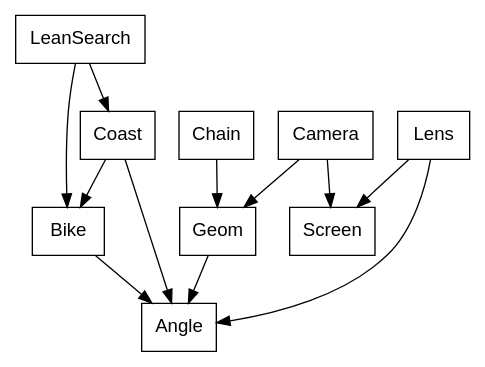
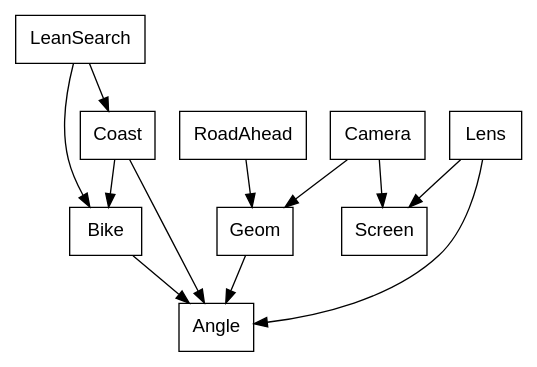
One commit to showell/roc-apps changed diagram 30 of 34 in canvas_apps/safari/tutorial/tutorial.md. Above: the diagram before and after it, drawn with Graphviz. The commit also changed other lines of this file, not shown here.

First line of the commit message:
book: the road ahead, where the prose said the chain

````diff
--- a/canvas_apps/safari/tutorial/tutorial.md
+++ b/canvas_apps/safari/tutorial/tutorial.md
@@ -2327,16 +2327,16 @@
 ```dot
 digraph math {
   node [shape=box, fontname="Helvetica"];
   LeanSearch -> Coast;
   LeanSearch -> Bike;
   Coast -> Bike;
   Coast -> Angle;
   Bike -> Angle;
-  Chain -> Geom;
+  RoadAhead -> Geom;
   Camera -> Geom;
   Camera -> Screen;
   Lens -> Angle;
   Lens -> Screen;
   Geom -> Angle;
 }
 ```
````
